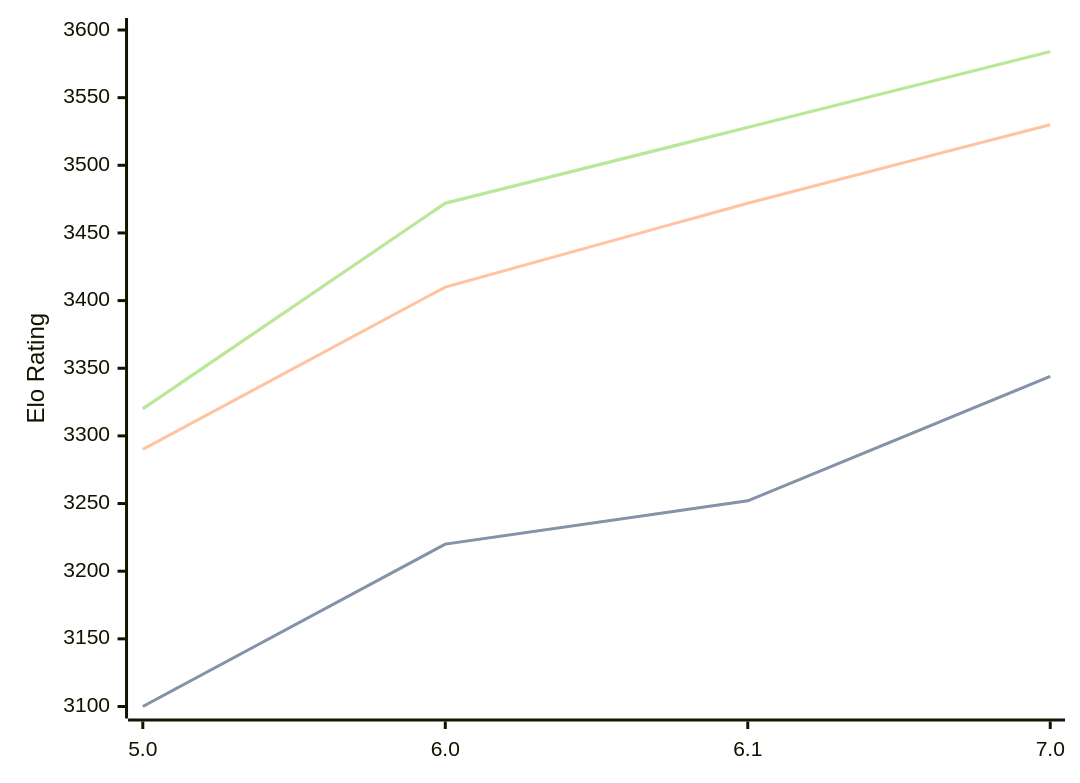
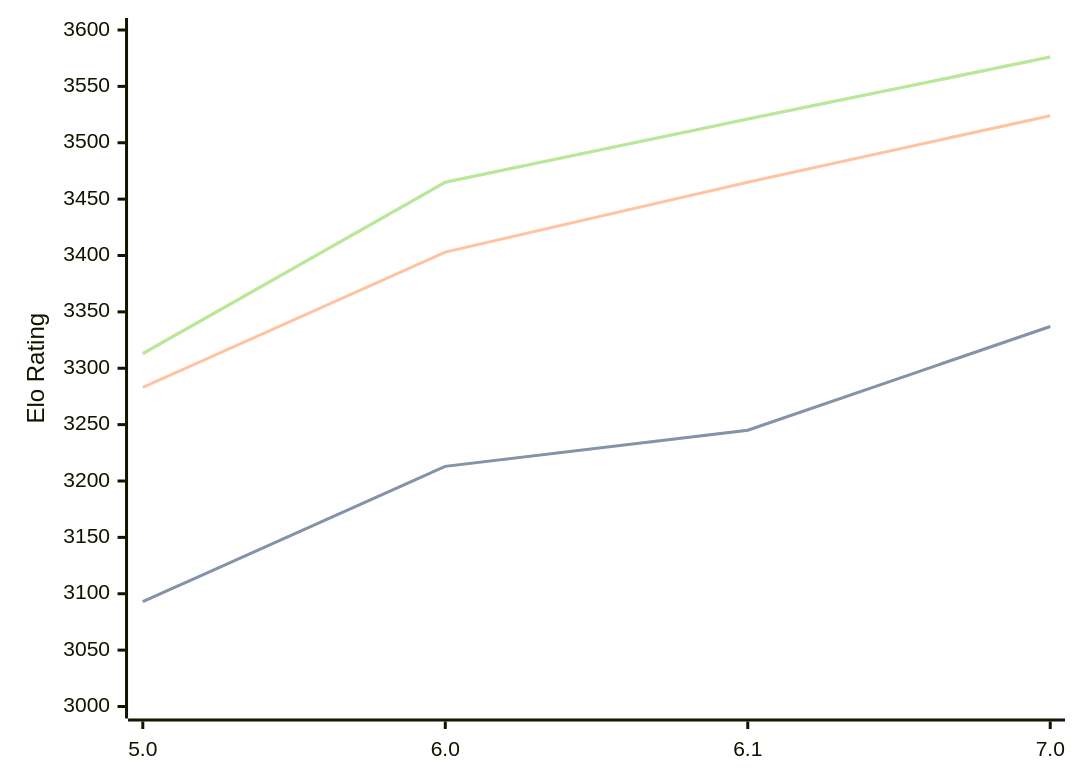
Before and after one commit to computer-chess-index/cci: the diagram in engines/PZChessBot.md, drawn with Mermaid. The commit also changed other lines of this file, not shown here.

Commit message:
Update CCI Ratings (ELO VLTC) - 2026-05-18

````diff
--- a/engines/PZChessBot.md
+++ b/engines/PZChessBot.md
@@ -43,11 +43,11 @@
 ```mermaid
 %%{init: {"theme":"base","themeVariables":{"seriesColors:['#a3a3a3','#222221','#faa371']}}}%%
 xychart-beta
   x-axis ["5.0", "6.0", "6.1", "7.0"]
-  y-axis "Elo Rating" 3100 --> 3600
-  line "STC (8.0+0.08s)" [3100, 3220, 3252, 3344]
-  line "STC (8.0+0.08s)" [3100, 3220, 3252, 3344]
-  line "LTC (60.0+0.60s)" [3290, 3410, 3472, 3530]
-  line "VLTC (2m24s+1.12s)" [3320, 3472, 3528, 3584]
-  line "VLTC (2m24s+1.12s)" [3320, 3472, 3528, 3584]
+  y-axis "Elo Rating" 3000 --> 3600
+  line "STC (8.0+0.08s)" [3093, 3213, 3245, 3337]
+  line "STC (8.0+0.08s)" [3093, 3213, 3245, 3337]
+  line "LTC (60.0+0.60s)" [3283, 3403, 3465, 3524]
+  line "VLTC (2m24s+1.12s)" [3313, 3465, 3521, 3576]
+  line "VLTC (2m24s+1.12s)" [3313, 3465, 3521, 3576]
 ```
````
